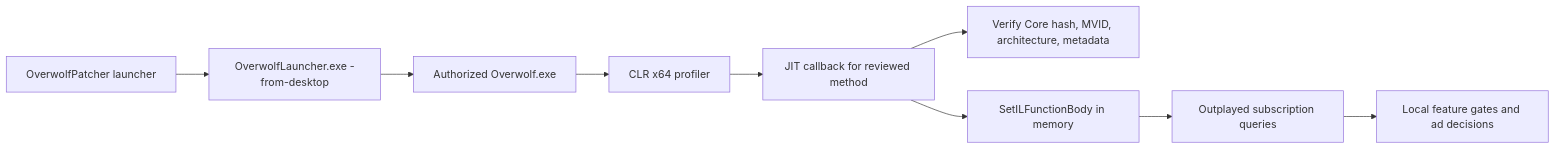
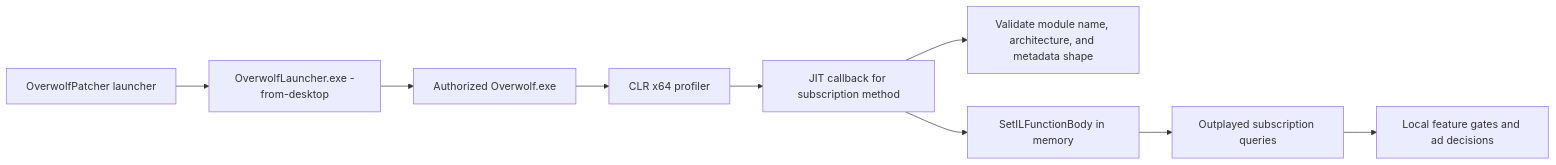
The diagram in README.md (DecoderCoder/OverwolfPatcher), drawn with Mermaid before and after one commit. The commit also changed other lines of this file and 9 other files, not shown here.

````diff
--- a/README.md
+++ b/README.md
@@ -69,11 +81,11 @@
 ```mermaid
 flowchart LR
     L[OverwolfPatcher launcher] --> S[OverwolfLauncher.exe -from-desktop]
     S --> O[Authorized Overwolf.exe]
     O --> P[CLR x64 profiler]
-    P --> J[JIT callback for reviewed method]
-    J --> V[Verify Core hash, MVID, architecture, metadata]
+    P --> J[JIT callback for subscription method]
+    J --> V[Validate module name, architecture, and metadata shape]
     J --> I[SetILFunctionBody in memory]
     I --> C[Outplayed subscription queries]
     C --> F[Local feature gates and ad decisions]
 ```
````
